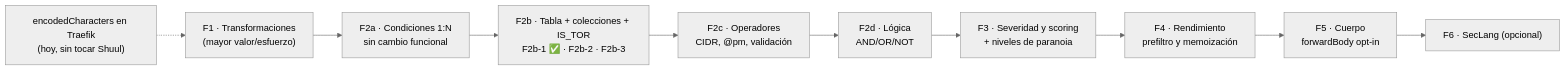
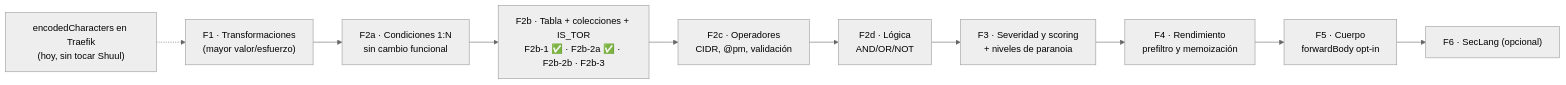
One commit to atareao/shuul changed the diagram in WAF-ROADMAP.md. Above: the diagram before and after it, drawn with Mermaid (neutral theme). The commit also changed other lines of this file and 3 other files, not shown here.

````diff
--- a/WAF-ROADMAP.md
+++ b/WAF-ROADMAP.md
@@ -381,12 +385,12 @@
 ```mermaid
 flowchart LR
   F1["F1 · Transformaciones<br/>(mayor valor/esfuerzo)"] --> F2a["F2a · Condiciones 1:N<br/>sin cambio funcional"]
-  F2a --> F2b["F2b · Tabla + colecciones + IS_TOR<br/>F2b-1 ✅ · F2b-2 · F2b-3"]
+  F2a --> F2b["F2b · Tabla + colecciones + IS_TOR<br/>F2b-1 ✅ · F2b-2a ✅ · F2b-2b · F2b-3"]
   F2b --> F2c["F2c · Operadores<br/>CIDR, @pm, validación"]
   F2c --> F2d["F2d · Lógica<br/>AND/OR/NOT"]
   F2d --> F3["F3 · Severidad y scoring<br/>+ niveles de paranoia"]
   F3 --> F4["F4 · Rendimiento<br/>prefiltro y memoización"]
   F4 --> F5["F5 · Cuerpo<br/>forwardBody opt-in"]
   F5 --> F6["F6 · SecLang (opcional)"]
   X["encodedCharacters en Traefik<br/>(hoy, sin tocar Shuul)"] -.-> F1
 ```
````
